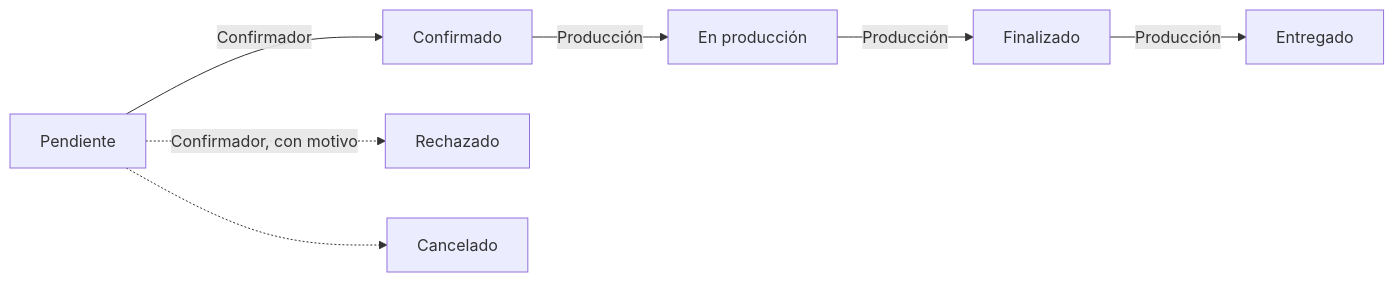
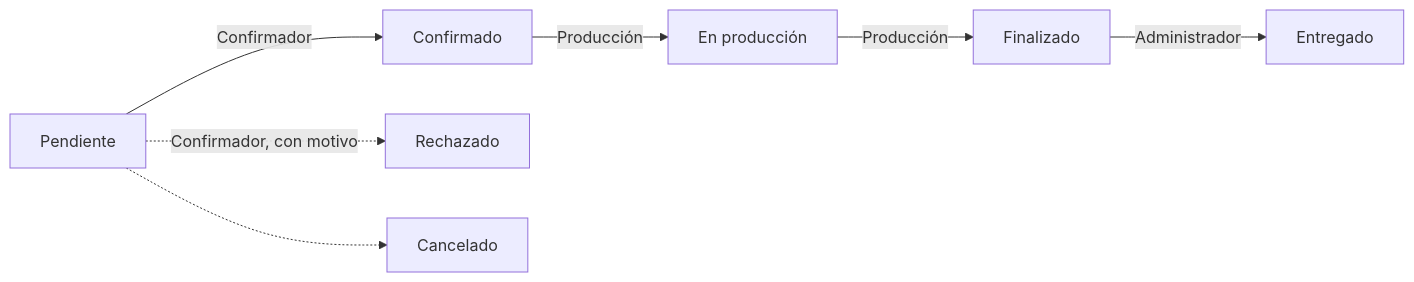
The diagram in docs/index.md (Julian-Gomez-L/ConexBase), drawn with Mermaid before and after one commit. The commit also changed 33 other files, not shown here.

````diff
--- a/docs/index.md
+++ b/docs/index.md
@@ -12,9 +12,9 @@
 ```mermaid
 flowchart LR
     P[Pendiente] -->|Confirmador| C[Confirmado]
     C -->|Producción| EP[En producción]
     EP -->|Producción| F[Finalizado]
-    F -->|Producción| E[Entregado]
+    F -->|Administrador| E[Entregado]
     P -.->|Confirmador, con motivo| R[Rechazado]
     P -.-> X[Cancelado]
 ```
````
